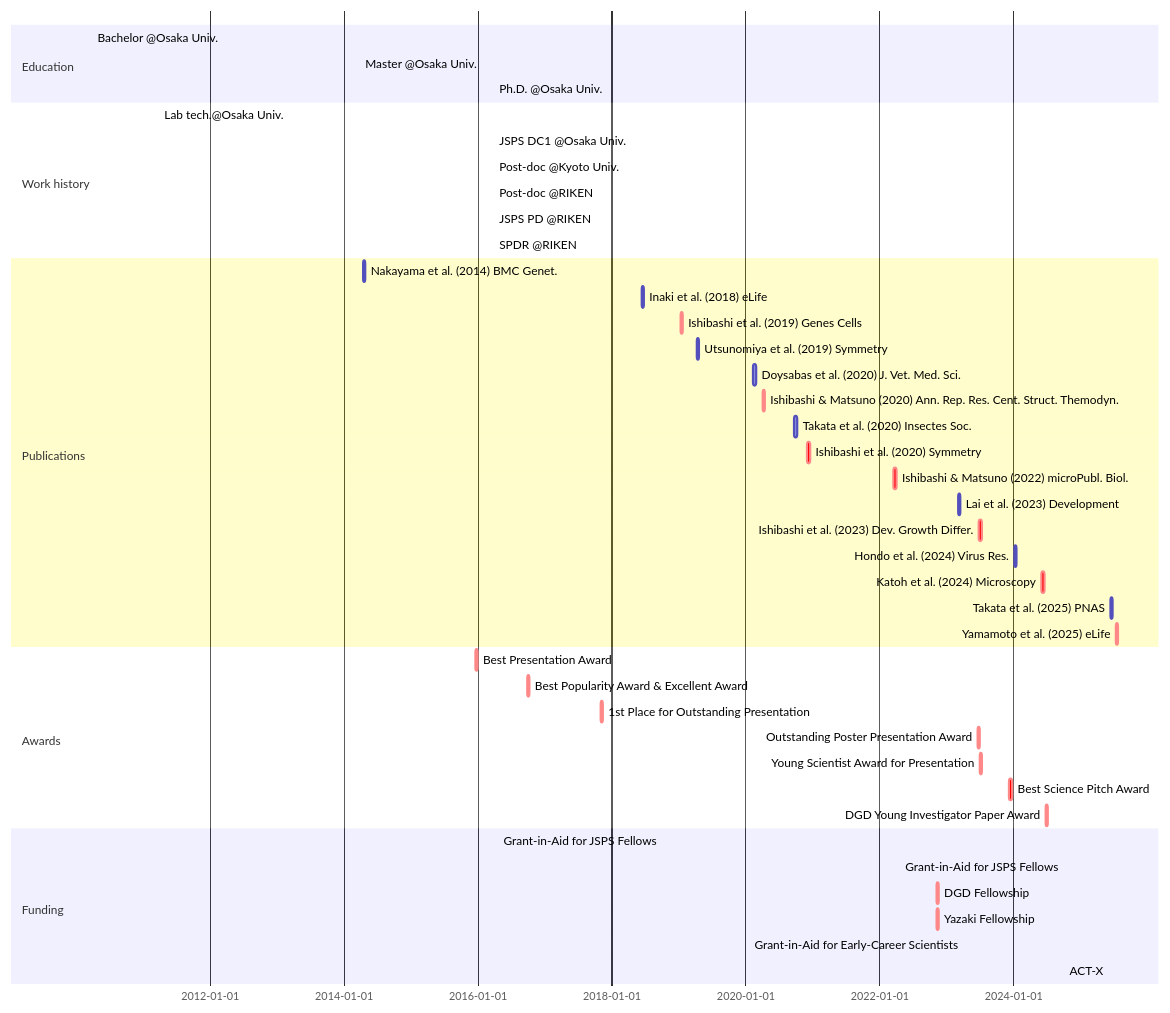
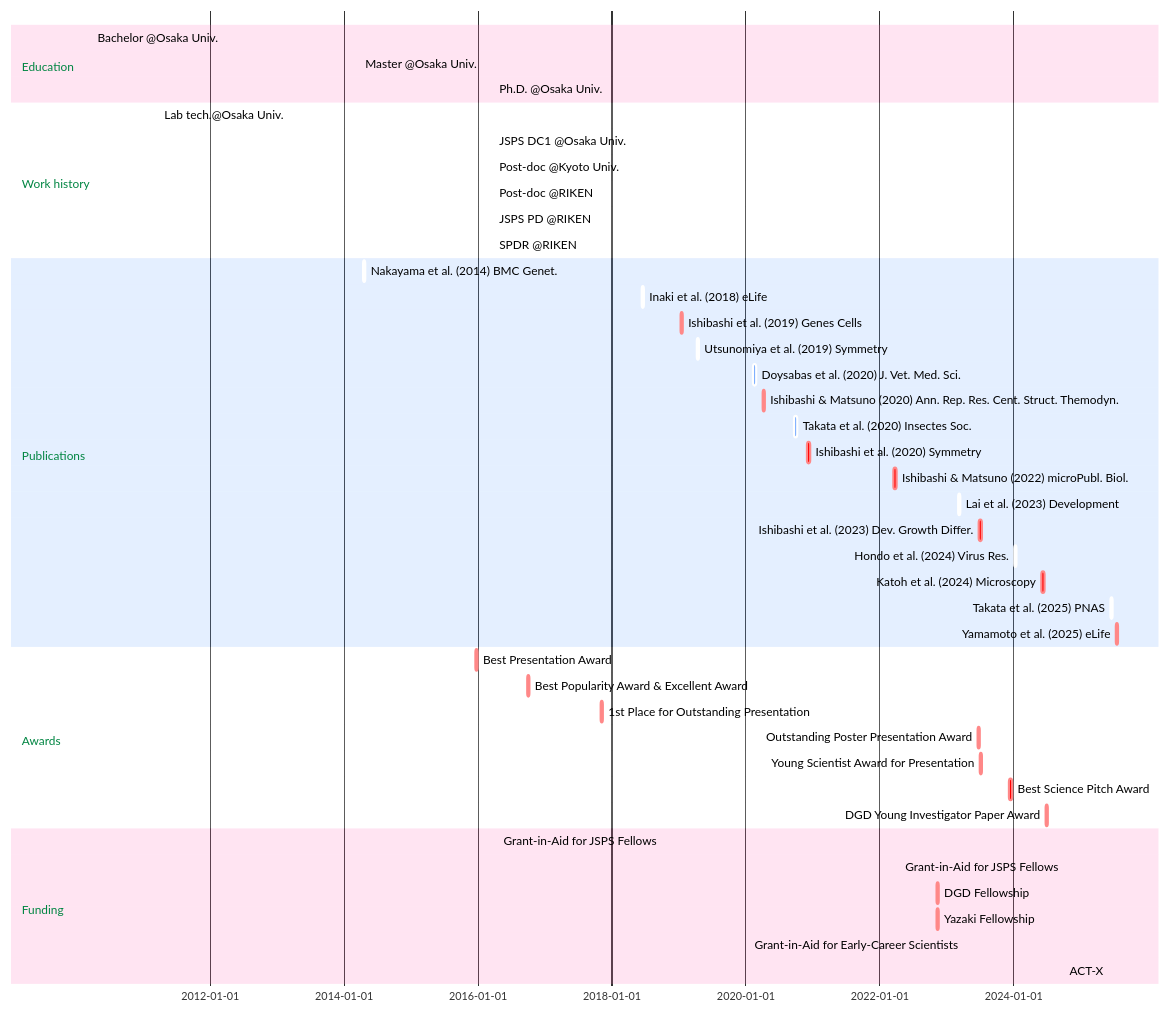
One commit to ishibaki/ishibaki.github.io changed the diagram in _includes/mermaid-cv.md. Above: the diagram before and after it, drawn with Mermaid.

````diff
--- a/_includes/mermaid-cv.md
+++ b/_includes/mermaid-cv.md
@@ -1,47 +1,58 @@
 ```mermaid
+---
+config:
+  theme: 'base'
+  themeVariables:
+    primaryColor: '#7aadff'
+    primaryTextColor: '#000'
+    primaryBorderColor: '#fff'
+    lineColor: '#fff'
+    secondaryColor: '#7a7fff'
+    tertiaryColor: '#ff7abd'
+---
 gantt
 section Education
   Bachelor @Osaka Univ. : BS, 2010-04-01, 2014-03-25
   Master @Osaka Univ.   : MS, 2014-04-01, 2016-03-28
   Ph.D. @Osaka Univ.    : Ph.D., 2016-04-01, 2019-03-25
 section Work history
   Lab tech.@Osaka Univ.     : done, OU-tech, 2011-04-01, 2012-03-31
   JSPS DC1 @Osaka Univ.     : done, DC1, 2016-04-01, 2019-03-31
   Post-doc @Kyoto Univ.     : done, KU-postdoc, after DC1, 2021-04-30
   Post-doc @RIKEN           : done, RIKEN-postdoc, after KU-postdoc, 2022-03-31
   JSPS PD @RIKEN            : done, PD, after RIKEN-postdoc, 2023-03-31
   SPDR @RIKEN               : active, SPDR, after PD, 2026-03-31
 section Publications
   Nakayama et al. (2014) BMC Genet.           :       nakayama2014, 2014-04-16, 2w
   Inaki et al. (2018) eLife                   :       inaki2018, 2018-06-12, 2w
   Ishibashi et al. (2019) Genes Cells         : crit, ishibashi2019, 2019-01-09, 2w
   Utsunomiya et al. (2019) Symmetry           :       utsunomiya2019, 2019-04-08, 2w
   Doysabas et al. (2020) J. Vet. Med. Sci.    :       doysabas2020, 2020-02-12, 2w
   Ishibashi & Matsuno (2020) Ann. Rep. Res. Cent. Struct. Themodyn. : crit, ishibashi2020a, 2020-04-01, 2w
   Takata et al. (2020) Insectes Soc.          :       takata2020, 2020-09-22, 2w
   Ishibashi et al. (2020) Symmetry            : crit, ishibashi2020b, 2020-12-02, 2w
   Ishibashi & Matsuno (2022) microPubl. Biol. : crit, ishibashi2022, 2022-03-18, 2w
   Lai et al. (2023) Development               :       lai2023, 2023-03-02, 2w
   Ishibashi et al. (2023) Dev. Growth Differ. : crit, ishibashi2023, 2023-06-25, 2w
   Hondo et al. (2024) Virus Res.              :       hondo2024, 2024-01-02, 2w
   Katoh et al. (2024) Microscopy              : crit, katoh2024, 2024-06-01, 2w
   Takata et al. (2025) PNAS                   :       takata2025,2025-06-13, 1w
   Yamamoto et al. (2025) eLife                : crit, yamamoto2025, 2025-07-08, 2w
 %% Comment
 section Awards
   Best Presentation Award                  : crit, aw_1, 2015-12-20, 2w
   Best Popularity Award & Excellent Award  : crit, aw_2, 2016-09-25, 2w
 %%  Excellent Award                          : crit, aw_3, 2016-09-25, 2w
   1st Place for Outstanding Presentation   : crit, aw_4, 2017-11-01, 2w
   Outstanding Poster Presentation Award    : crit, aw_5, 2023-06-15, 2w
   Young Scientist Award for Presentation   : crit, aw_6, 2023-06-29, 2w
   Best Science Pitch Award                 : crit, aw_7, 2023-12-08, 2w
   DGD Young Investigator Paper Award       : crit, aw_8, 2024-06-21, 2w
 section Funding
   Grant-in-Aid for JSPS Fellows             : done, grant_DC1, 2016-04-22, 2019-03-31
   Grant-in-Aid for JSPS Fellows             : active, grant_PD, 2022-04-22, 2025-03-31
   DGD Fellowship                            : crit, dgd_fellowship, 2022-11-04, 2w
   Yazaki Fellowship                         : crit, yazaki_fellowship, 2022-11-04, 2w
   Grant-in-Aid for Early-Career Scientists  : active, grant_ecs2023, 2023-04-01, 2026-03-31
   ACT-X                                     : active, ACT-X2024, 2024-10-01, 2027-03-31
 ```
````
